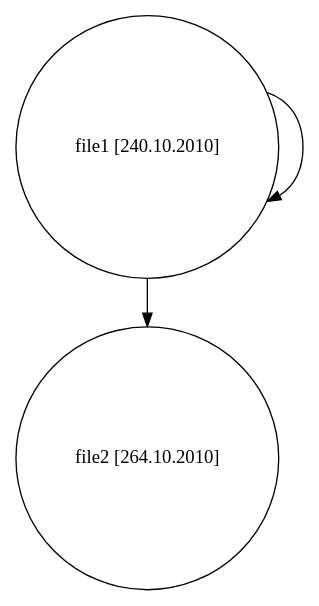
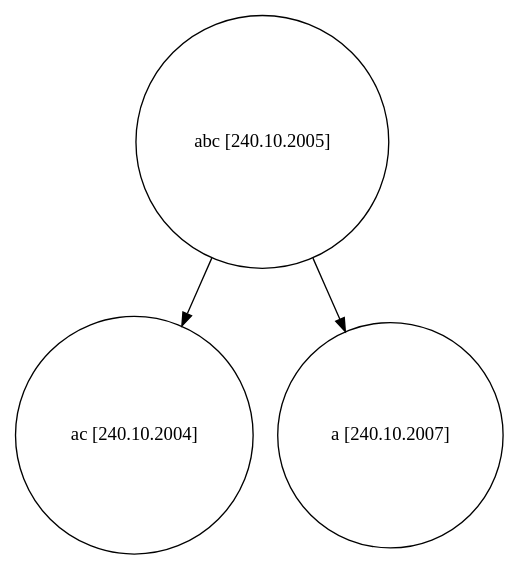
Before and after one commit to chaykanet/laboratory: the diagram in TISD/lab_06/tree_name.dot, drawn with Graphviz. The commit also changed 36 other files, not shown here.

```diff
--- a/TISD/lab_06/tree_name.dot
+++ b/TISD/lab_06/tree_name.dot
@@ -1,6 +1,6 @@
 digraph G {
 	node [shape=circle];
-	"file1 [240.10.2010]"; 
-	"file1 [240.10.2010]" -> "file2 [264.10.2010]";
-	"file1 [240.10.2010]" -> "file1 [240.10.2010]";
+	"abc [240.10.2005]"; 
+	"abc [240.10.2005]" -> "ac [240.10.2004]";
+	"abc [240.10.2005]" -> "a [240.10.2007]";
 }
```
